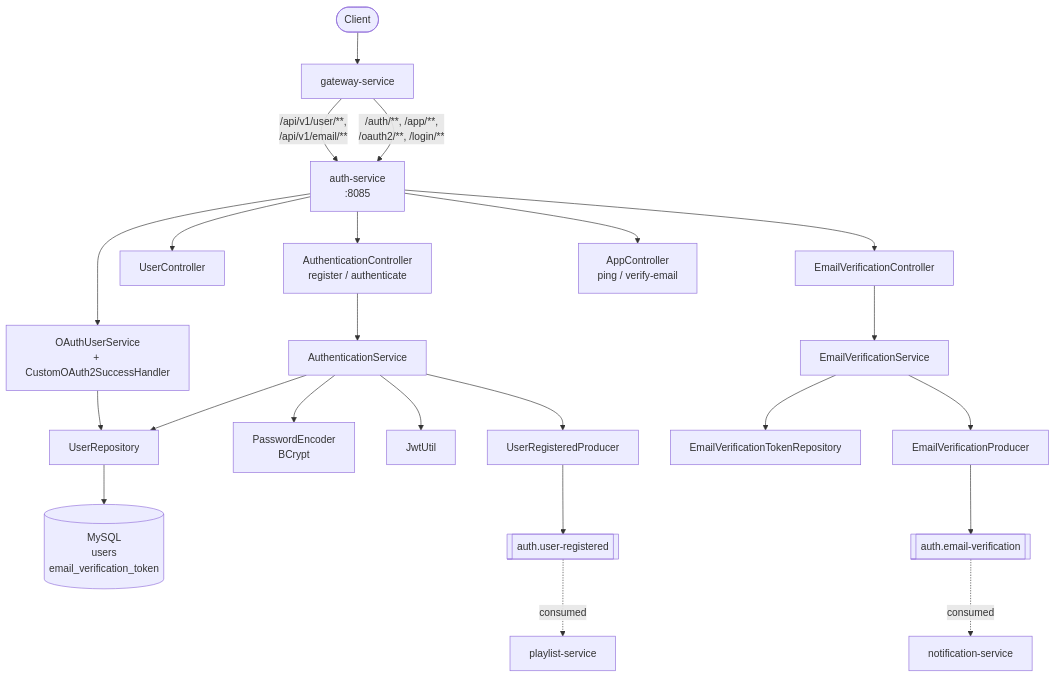
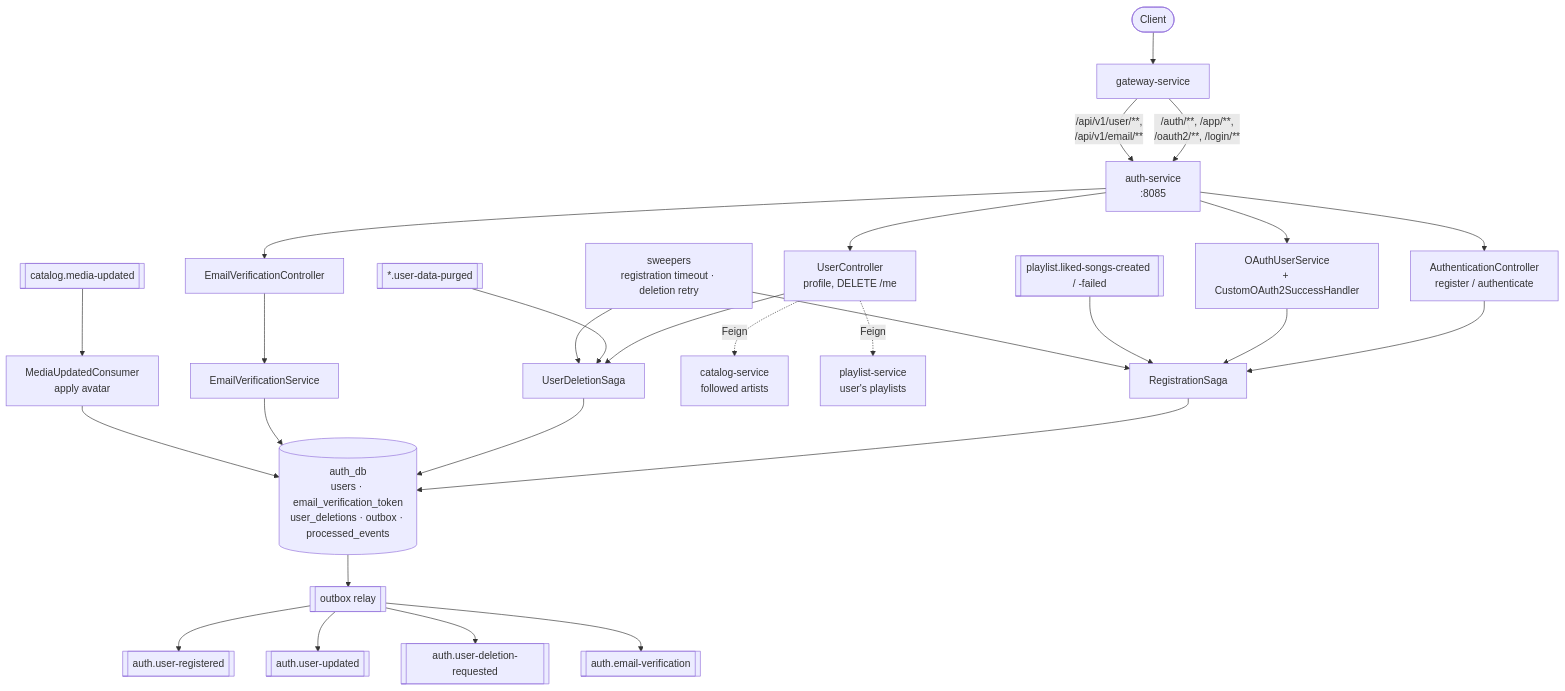
One commit to harshithrao07/cadence changed the first of 4 diagrams in auth-service/README.md. Above: the diagram before and after it, drawn with Mermaid. The commit also changed 5 other files, not shown here.

First line of the commit message:
docs: document database-per-service architecture and sagas

````diff
--- a/auth-service/README.md
+++ b/auth-service/README.md
@@ -24,33 +24,35 @@
 ```mermaid
 flowchart TB
     client([Client]) --> gw[gateway-service]
 
     gw -->|/auth/**, /app/**,<br/>/oauth2/**, /login/**| auth[auth-service<br/>:8085]
     gw -->|/api/v1/user/**,<br/>/api/v1/email/**| auth
 
     auth --> ac[AuthenticationController<br/>register / authenticate]
-    auth --> uc[UserController]
+    auth --> uc[UserController<br/>profile, DELETE /me]
     auth --> evc[EmailVerificationController]
-    auth --> appc[AppController<br/>ping / verify-email]
+    auth --> oauth[OAuthUserService<br/>+ CustomOAuth2SuccessHandler]
 
-    ac --> as[AuthenticationService]
-    as --> ur[UserRepository]
-    as --> pe[PasswordEncoder<br/>BCrypt]
-    as --> jwt[JwtUtil]
-    as --> ucp[UserRegisteredProducer]
+    ac --> reg[RegistrationSaga]
+    oauth --> reg
+    uc --> del[UserDeletionSaga]
+    evc --> evs[EmailVerificationService]
+    uc -.->|Feign| catalog[catalog-service<br/>followed artists]
+    uc -.->|Feign| playlistsvc[playlist-service<br/>user's playlists]
 
-    evc --> evs[EmailVerificationService]
-    evs --> evtr[EmailVerificationTokenRepository]
-    evs --> evp[EmailVerificationProducer]
+    reg --> db[(auth_db<br/>users · email_verification_token<br/>user_deletions · outbox · processed_events)]
+    del --> db
+    evs --> db
 
-    auth --> oauth[OAuthUserService<br/>+ CustomOAuth2SuccessHandler]
-    oauth --> ur
+    db --> relay[[outbox relay]]
+    relay --> out1[[auth.user-registered]]
+    relay --> out2[[auth.user-updated]]
+    relay --> out3[[auth.user-deletion-requested]]
+    relay --> out4[[auth.email-verification]]
 
-    ur --> mysql[(MySQL<br/>users<br/>email_verification_token)]
+    in1[[playlist.liked-songs-created / -failed]] --> reg
+    in2[[*.user-data-purged]] --> del
+    in3[[catalog.media-updated]] --> avatar[MediaUpdatedConsumer<br/>apply avatar] --> db
 
-    ucp --> kuc[[auth.user-registered]]
-    evp --> kev[[auth.email-verification]]
-
-    kuc -.consumed.-> playlist[playlist-service]
-    kev -.consumed.-> notif[notification-service]
+    sweep[sweepers<br/>registration timeout · deletion retry] --> reg & del
 ```
````
